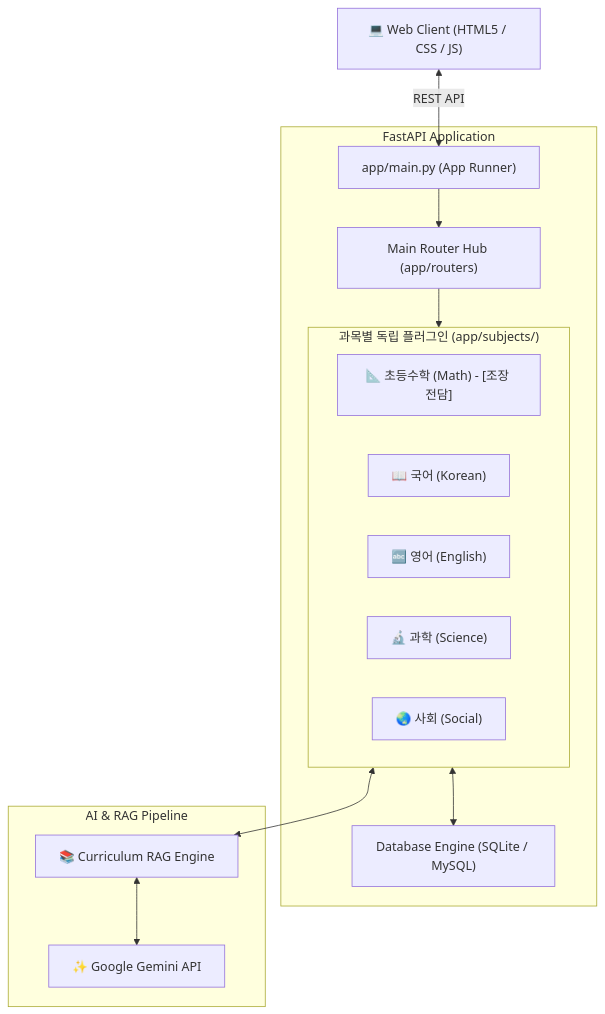
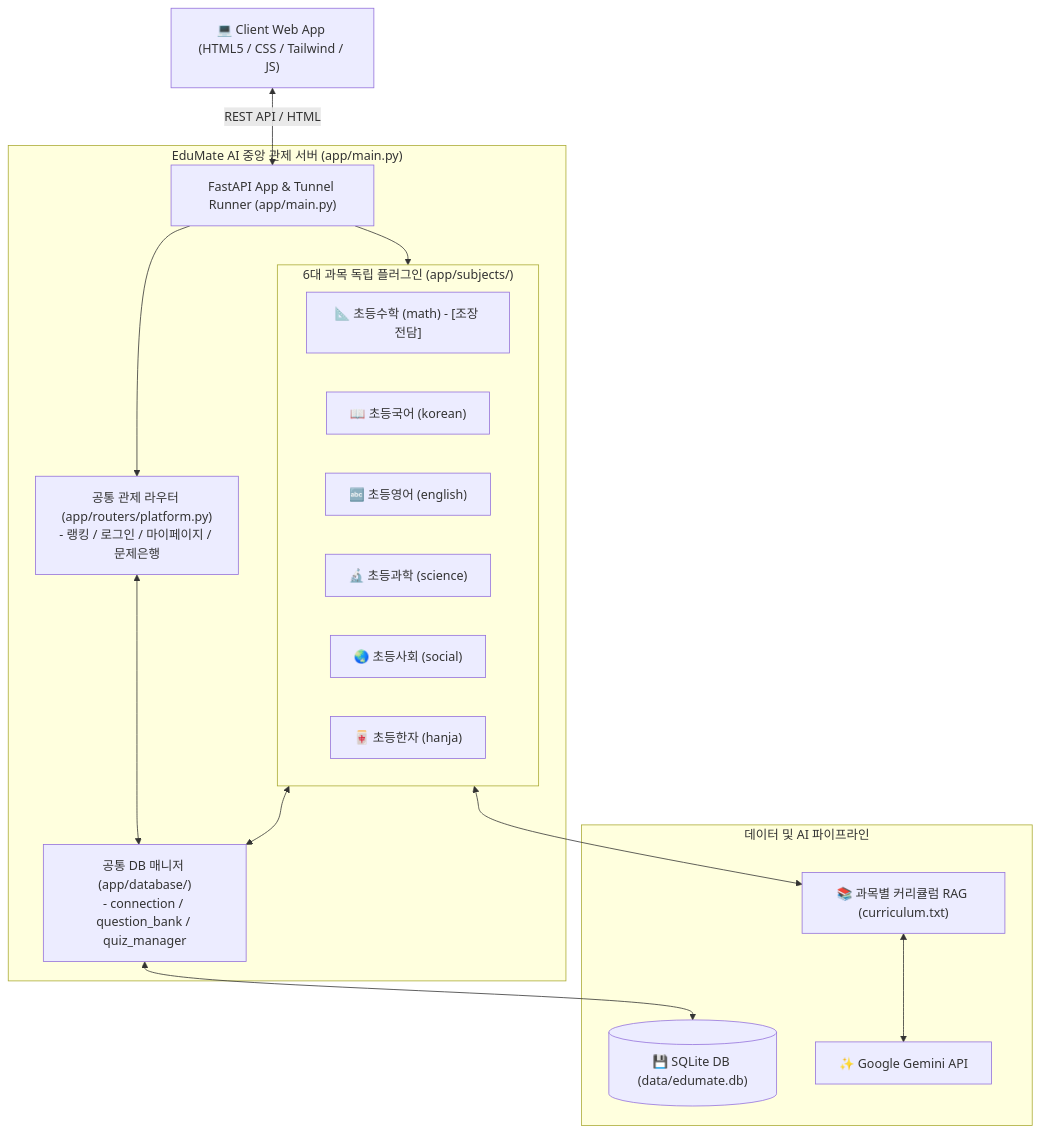
Before and after one commit to harjanne0322/-AIS_TEAM-EdumateAI: the diagram in README.md, drawn with Mermaid. The commit also changed other lines of this file and 1 other file, not shown here.

Commit message:
refactor: Unify server entrypoint to app/main.py and update README with 6-subject structure

````diff
--- a/README.md
+++ b/README.md
@@ -21,30 +23,34 @@
 ```mermaid
 flowchart TD
-    Client["💻 Web Client (HTML5 / CSS / JS)"]
+    Client["💻 Client Web App (HTML5 / CSS / Tailwind / JS)"]
 
-    subgraph Backend ["FastAPI Application"]
-        Main["app/main.py (App Runner)"]
-        RouterHub["Main Router Hub (app/routers)"]
-        CoreDB["Database Engine (SQLite / MySQL)"]
+    subgraph PortalBackend ["EduMate AI 중앙 관제 서버 (app/main.py)"]
+        MainRunner["FastAPI App & Tunnel Runner (app/main.py)"]
+        PlatformRouter["공통 관제 라우터 (app/routers/platform.py)<br>- 랭킹 / 로그인 / 마이페이지 / 문제은행"]
+        DBManager["공통 DB 매니저 (app/database/)<br>- connection / question_bank / quiz_manager"]
         
-        subgraph Plugins ["과목별 독립 플러그인 (app/subjects/)"]
-            Math["📐 초등수학 (Math) - [조장 전담]"]
-            Korean["📖 국어 (Korean)"]
-            English["🔤 영어 (English)"]
-            Science["🔬 과학 (Science)"]
-            Social["🌏 사회 (Social)"]
+        subgraph SubjectPlugins ["6대 과목 독립 플러그인 (app/subjects/)"]
+            Math["📐 초등수학 (math) - [조장 전담]"]
+            Korean["📖 초등국어 (korean)"]
+            English["🔤 초등영어 (english)"]
+            Science["🔬 초등과학 (science)"]
+            Social["🌏 초등사회 (social)"]
+            Hanja["🀄 초등한자 (hanja)"]
         end
     end
 
-    subgraph AI_Engine ["AI & RAG Pipeline"]
-        Gemini["✨ Google Gemini API"]
-        CurriculumRAG["📚 Curriculum RAG Engine"]
+    subgraph StorageAI ["데이터 및 AI 파이프라인"]
+        LocalDB[("💾 SQLite DB (data/edumate.db)")]
+        GeminiAPI["✨ Google Gemini API"]
+        Curriculum["📚 과목별 커리큘럼 RAG (curriculum.txt)"]
     end
 
-    Client <-->|REST API| Main
-    Main --> RouterHub
-    RouterHub --> Plugins
-    Plugins <--> CoreDB
-    Plugins <--> CurriculumRAG
-    CurriculumRAG <--> Gemini
+    Client <-->|REST API / HTML| MainRunner
+    MainRunner --> PlatformRouter
+    MainRunner --> SubjectPlugins
+    PlatformRouter <--> DBManager
+    SubjectPlugins <--> DBManager
+    DBManager <--> LocalDB
+    SubjectPlugins <--> Curriculum
+    Curriculum <--> GeminiAPI
 ```
````
